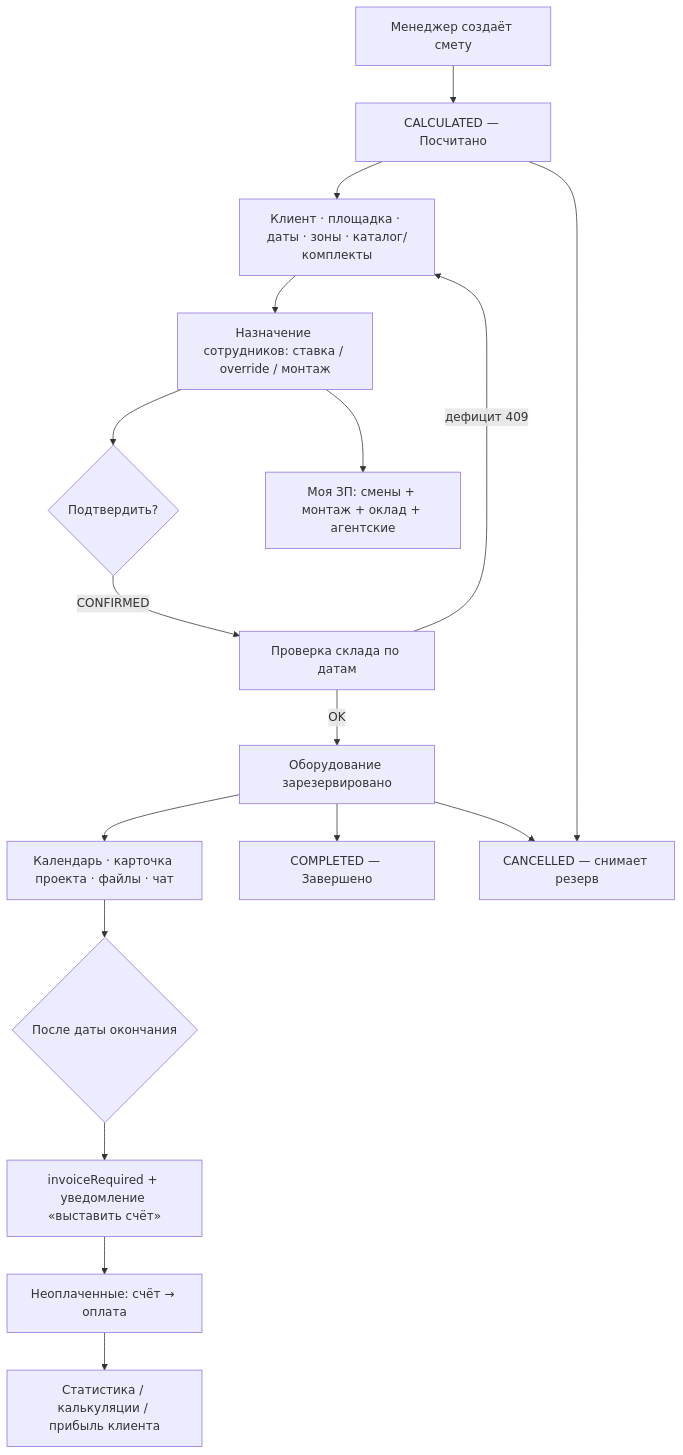
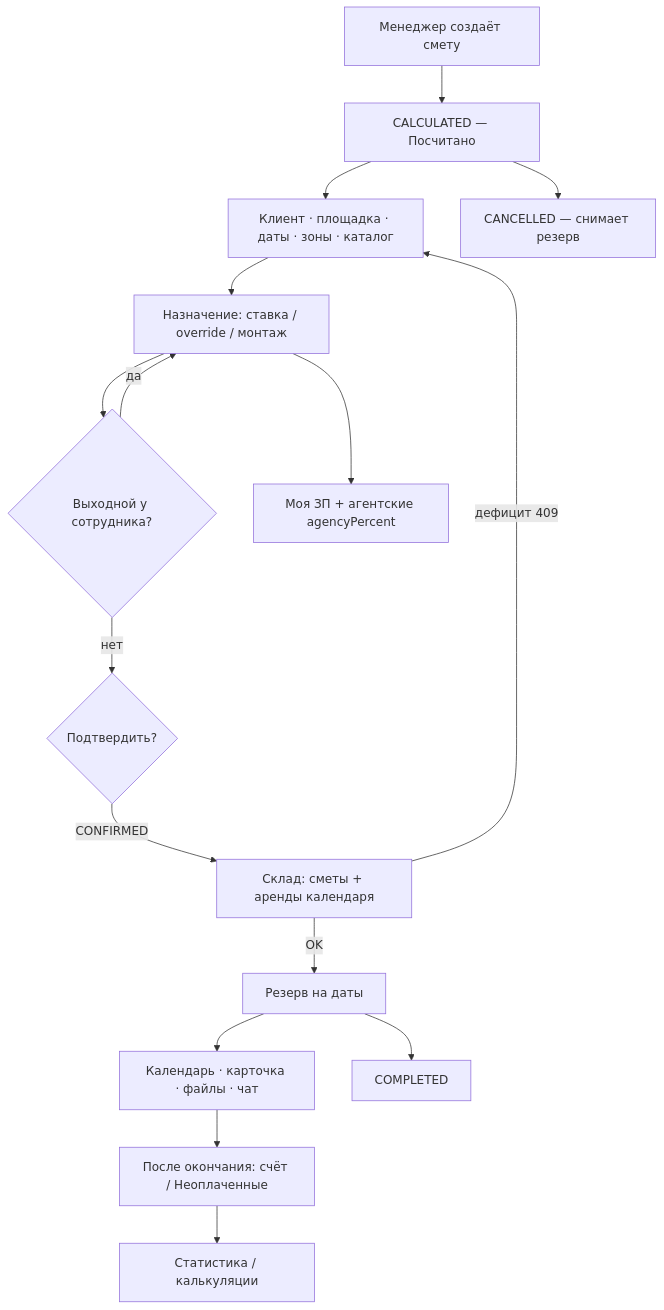
The first of 2 diagrams in README.md (Strelka38/CRM_Project), drawn with Mermaid before and after one commit. The commit also changed other lines of this file and 112 other files, not shown here.

````diff
--- a/README.md
+++ b/README.md
@@ -161,19 +233,18 @@
 ```mermaid
 flowchart TD
   A[Менеджер создаёт смету] --> B[CALCULATED — Посчитано]
-  B --> C[Клиент · площадка · даты · зоны · каталог/комплекты]
-  C --> D[Назначение сотрудников: ставка / override / монтаж]
-  D --> E{Подтвердить?}
-  E -->|CONFIRMED| F[Проверка склада по датам]
+  B --> C[Клиент · площадка · даты · зоны · каталог]
+  C --> D[Назначение: ставка / override / монтаж]
+  D --> D1{Выходной у сотрудника?}
+  D1 -->|да| D
+  D1 -->|нет| E{Подтвердить?}
+  E -->|CONFIRMED| F[Склад: сметы + аренды календаря]
   F -->|дефицит 409| C
-  F -->|OK| G[Оборудование зарезервировано]
-  G --> H[Календарь · карточка проекта · файлы · чат]
-  H --> I{После даты окончания}
-  I --> J[invoiceRequired + уведомление «выставить счёт»]
-  J --> K[Неоплаченные: счёт → оплата]
-  G --> L[COMPLETED — Завершено]
+  F -->|OK| G[Резерв на даты]
+  G --> H[Календарь · карточка · файлы · чат]
+  H --> I[После окончания: счёт / Неоплаченные]
+  G --> L[COMPLETED]
   B --> M[CANCELLED — снимает резерв]
-  G --> M
-  D --> N[Моя ЗП: смены + монтаж + оклад + агентские]
-  K --> O[Статистика / калькуляции / прибыль клиента]
+  D --> N[Моя ЗП + агентские agencyPercent]
+  I --> O[Статистика / калькуляции]
 ```
````
